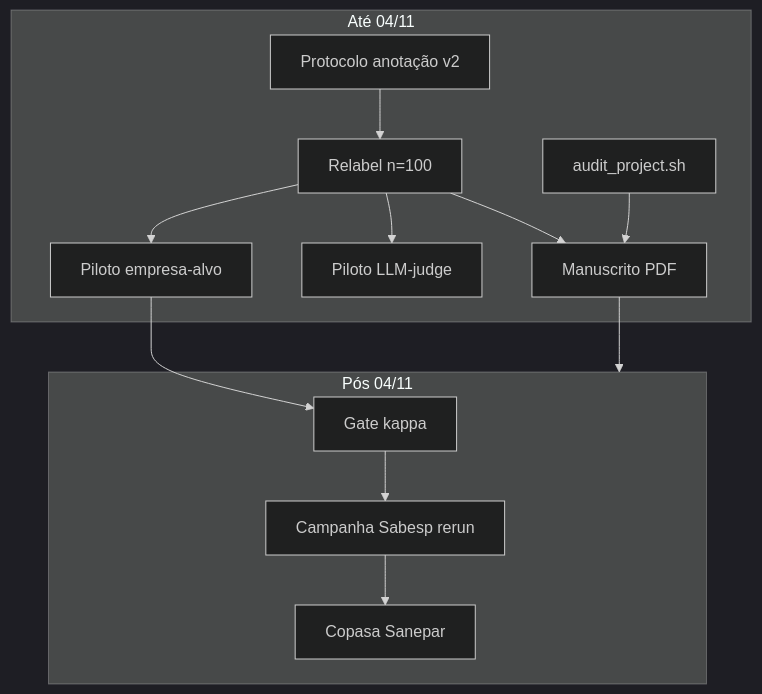
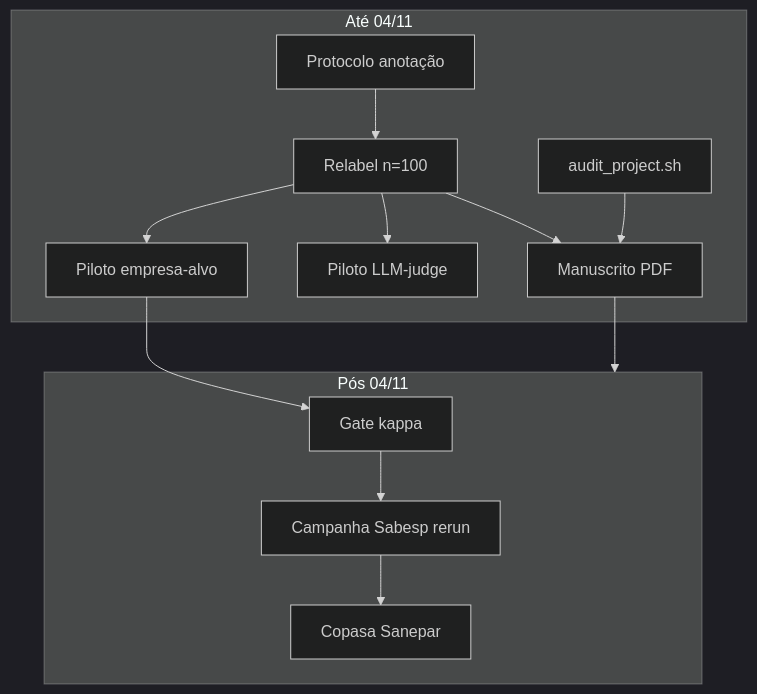
One commit to GabrielFSSantos/Financial-Sentiment-Lab changed the first of 2 diagrams in docs/tracking/qualification_plan_2026-11-04.md. Above: the diagram before and after it, drawn with Mermaid (dark theme). The commit also changed other lines of this file and 35 other files, not shown here.

````diff
--- a/docs/tracking/qualification_plan_2026-11-04.md
+++ b/docs/tracking/qualification_plan_2026-11-04.md
@@ -77,22 +81,22 @@
 ```mermaid
 flowchart TB
   subgraph quali [Até 04/11]
     tex[Manuscrito PDF]
-    proto[Protocolo anotação v2]
+    proto[Protocolo anotação]
     relabel[Relabel n=100]
     llm[Piloto LLM-judge]
     pilot[Piloto empresa-alvo]
     audit[audit_project.sh]
   end
   subgraph pos [Pós 04/11]
     gate[Gate kappa]
     rerun[Campanha Sabesp rerun]
     ext[Copasa Sanepar]
   end
   proto --> relabel --> llm
   relabel --> pilot
   pilot --> gate --> rerun --> ext
   tex --> pos
   relabel --> tex
   audit --> tex
 ```
````
